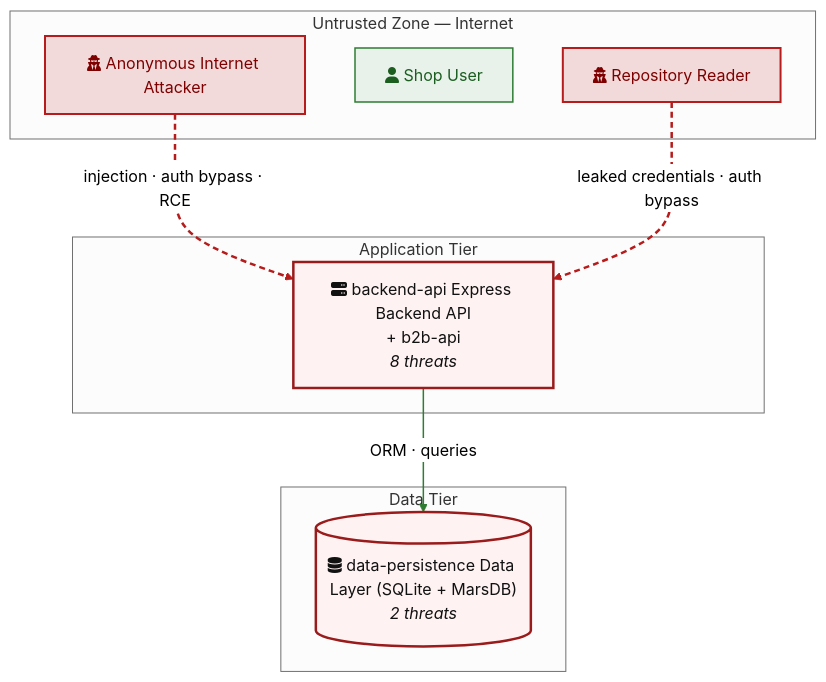
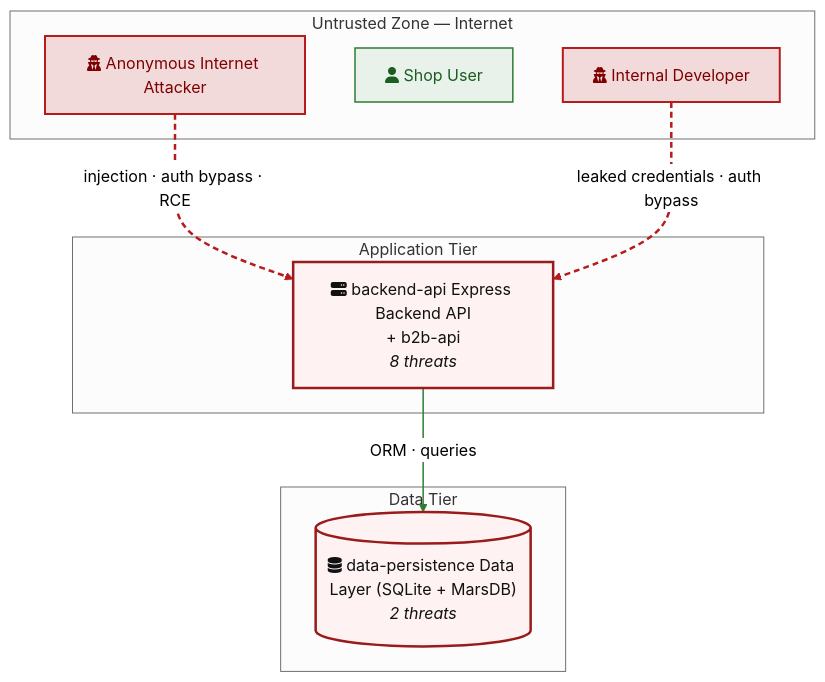
One commit to appsec-foundry/appsec-advisor changed the fourth of 10 diagrams in examples/threat-modeler/threat-mode-juice-shop-quick.md. Above: the diagram before and after it, drawn with Mermaid (neutral theme). The commit also changed 6 other files, not shown here.

````diff
--- a/examples/threat-modeler/threat-mode-juice-shop-quick.md
+++ b/examples/threat-modeler/threat-mode-juice-shop-quick.md
@@ -330,24 +330,24 @@
 ```mermaid
 flowchart TD
     subgraph EXT["Untrusted Zone — Internet"]
         INTERNET_ANON["fa:fa-user-secret Anonymous Internet Attacker"]:::threat
         VICTIM_REQUIRED["fa:fa-user Shop User"]:::legit
-        REPO_READ["fa:fa-user-secret Repository Reader"]:::threat
+        REPO_READ["fa:fa-user-secret Internal Developer"]:::threat
     end
     subgraph APP["Application Tier"]
         backend_api["fa:fa-server backend-api Express Backend API<br/>+ b2b-api<br/><i>8 threats</i>"]:::risk
     end
     subgraph DATA["Data Tier"]
         data_persistence[("fa:fa-database data-persistence Data Layer (SQLite + MarsDB)<br/><i>2 threats</i>")]:::risk
     end
     backend_api -->|"ORM · queries"| data_persistence
     INTERNET_ANON -.->|"injection · auth bypass · RCE"| backend_api
     REPO_READ -.->|"leaked credentials · auth bypass"| backend_api
 
     classDef legit fill:#e8f1ea,stroke:#2e7d32,color:#1b5e20,stroke-width:1.5px
     classDef threat fill:#f3dada,stroke:#b71c1c,color:#7f0000,stroke-width:2px
     classDef external fill:#f2f2f2,stroke:#424242,color:#212121,stroke-width:1.5px
     classDef risk fill:#fef2f2,stroke:#991b1b,color:#111,stroke-width:2.5px
     linkStyle 0 stroke:#2e7d32,stroke-width:1.5px
     linkStyle 1,2 stroke:#b71c1c,stroke-width:2.5px,stroke-dasharray:6 4
 ```
````
